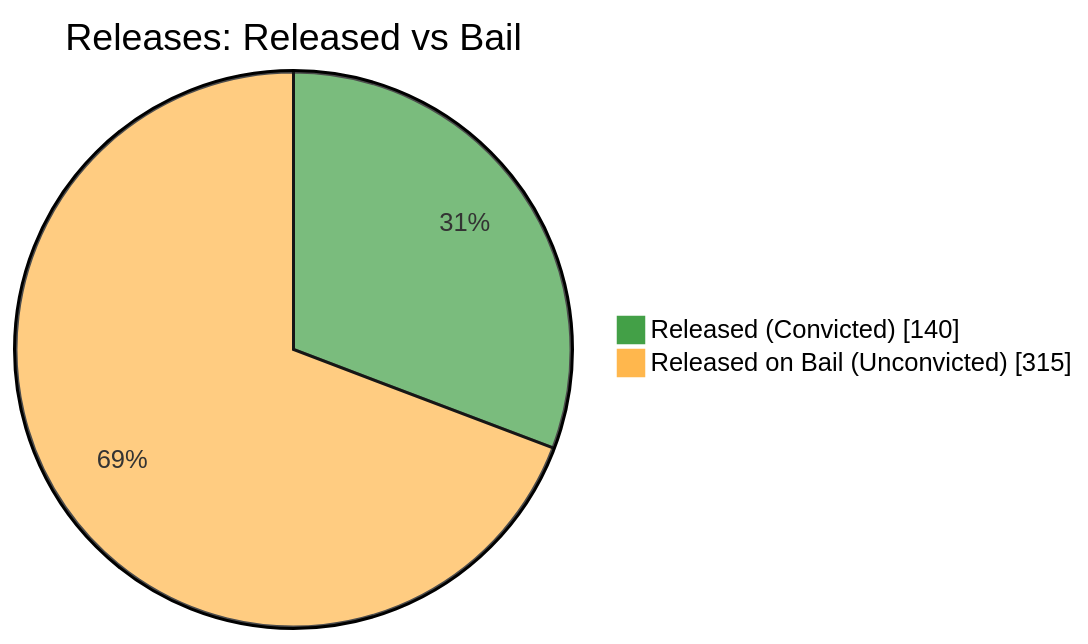
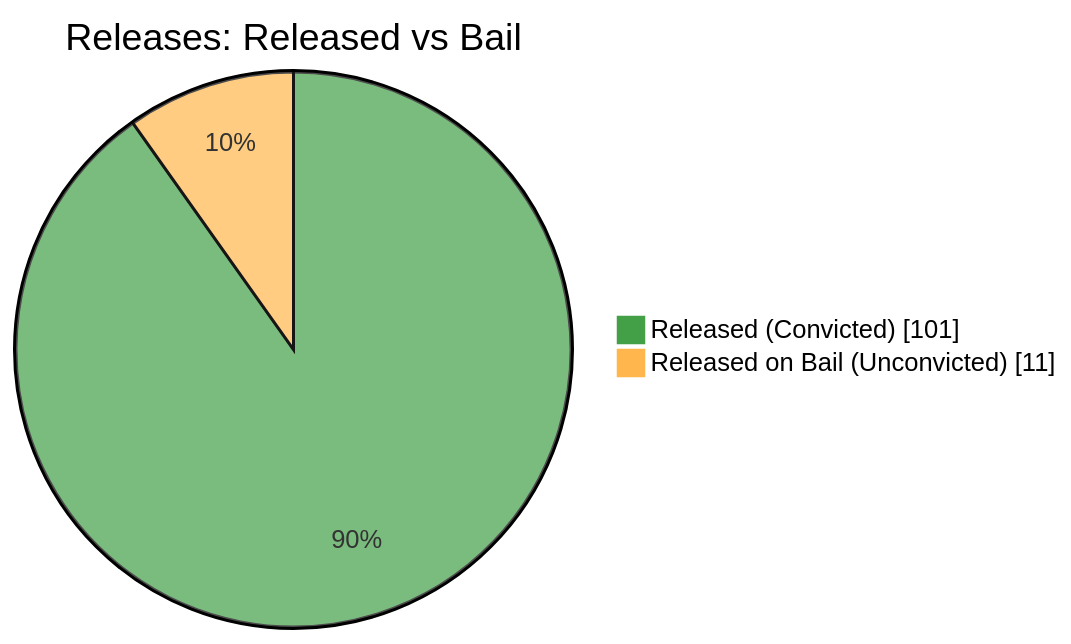
The fifth of 7 diagrams in README.md (nuuuwan/lk_prisons), drawn with Mermaid before and after one commit. The commit also changed other lines of this file and 1 other file, not shown here.

````diff
--- a/README.md
+++ b/README.md
@@ -87,6 +87,6 @@
 ```mermaid
 %%{init: {'themeVariables': {'pie1': '#43A047', 'pie2': '#FFB74D'}}}%%
 pie showData title Releases: Released vs Bail
-    "Released (Convicted)" : 140
-    "Released on Bail (Unconvicted)" : 315
+    "Released (Convicted)" : 101
+    "Released on Bail (Unconvicted)" : 11
 ```
````
